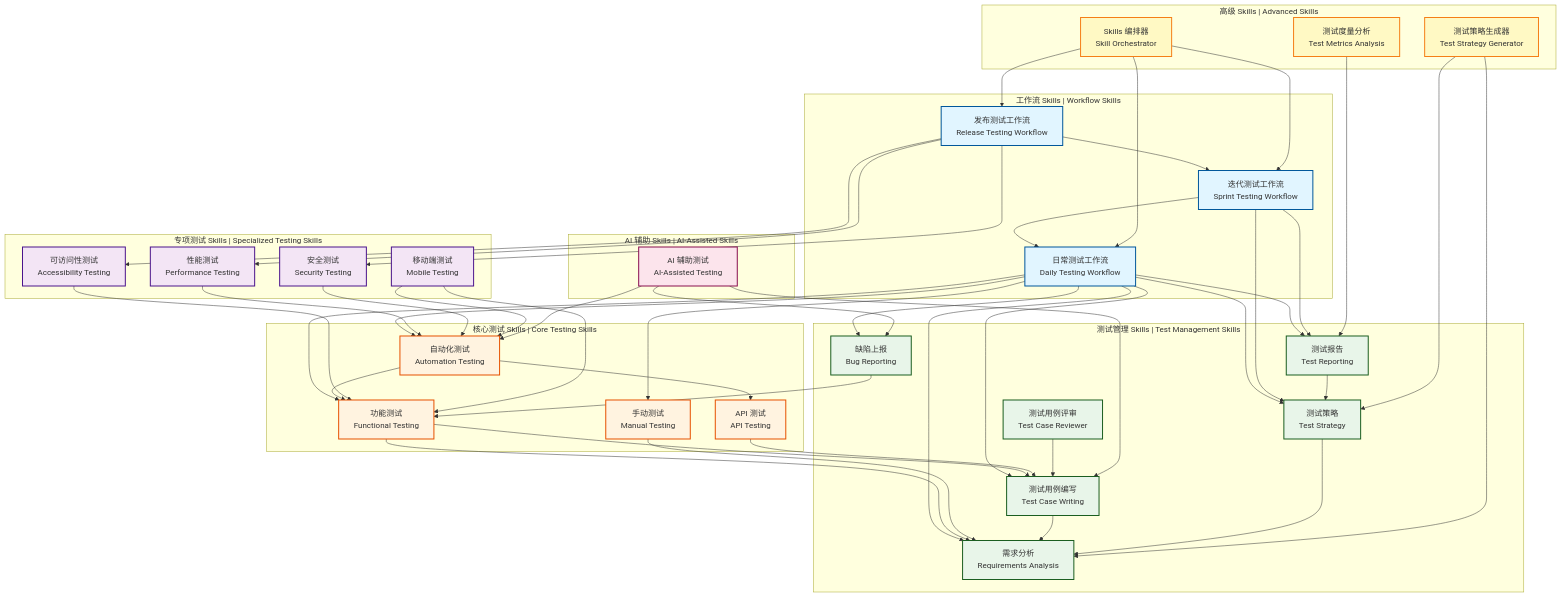
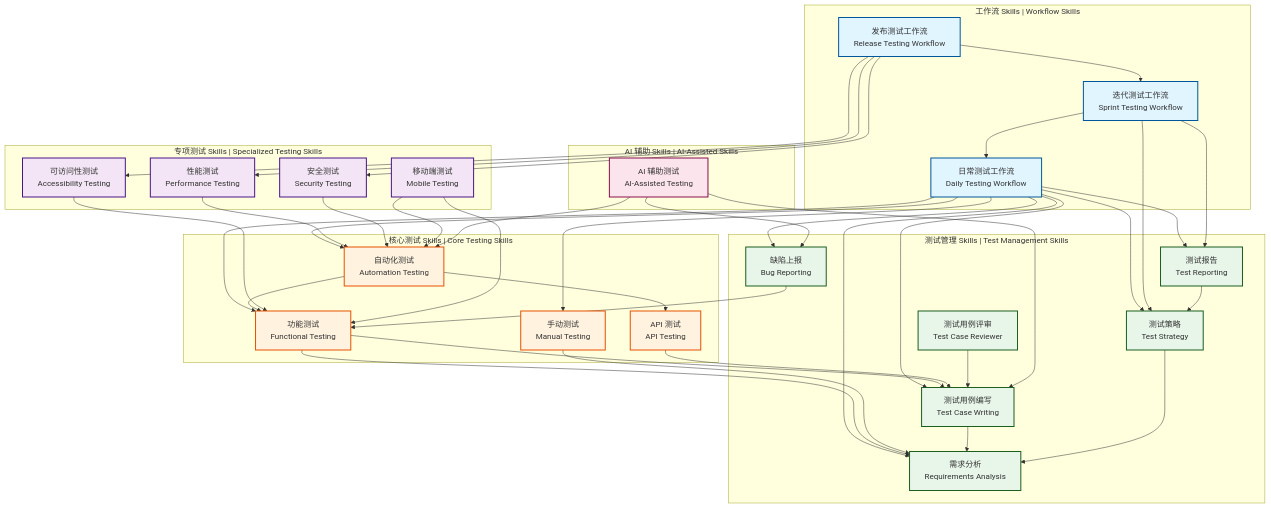
Before and after one commit to naodeng/awesome-qa-skills: the first of 12 diagrams in skills-graph.md, drawn with Mermaid. The commit also changed other lines of this file and 162 other files, not shown here.

````diff
--- a/skills-graph.md
+++ b/skills-graph.md
@@ -41,12 +41,6 @@
     
     subgraph "AI 辅助 Skills | AI-Assisted Skills"
         AI[AI 辅助测试<br/>AI-Assisted Testing]
-    end
-    
-    subgraph "高级 Skills | Advanced Skills"
-        TSG[测试策略生成器<br/>Test Strategy Generator]
-        TMA[测试度量分析<br/>Test Metrics Analysis]
-        SO[Skills 编排器<br/>Skill Orchestrator]
     end
     
     %% 工作流依赖
@@ -95,26 +89,16 @@
     AI --> AUTO
     AI --> BR
     
-    %% 高级 Skills 依赖
-    TSG --> RA
-    TSG --> TS
-    TMA --> TR
-    SO --> DW
-    SO --> SW
-    SO --> RW
-    
     %% 样式
     classDef workflow fill:#e1f5ff,stroke:#01579b,stroke-width:2px
     classDef core fill:#fff3e0,stroke:#e65100,stroke-width:2px
     classDef specialized fill:#f3e5f5,stroke:#4a148c,stroke-width:2px
     classDef management fill:#e8f5e9,stroke:#1b5e20,stroke-width:2px
     classDef ai fill:#fce4ec,stroke:#880e4f,stroke-width:2px
-    classDef advanced fill:#fff9c4,stroke:#f57f17,stroke-width:2px
     
     class DW,SW,RW workflow
     class FT,AT,AUTO,MT core
     class PT,ST,ACT,MOB specialized
     class TCW,TCR,BR,TR,TS,RA management
     class AI ai
-    class TSG,TMA,SO advanced
 ```
````
